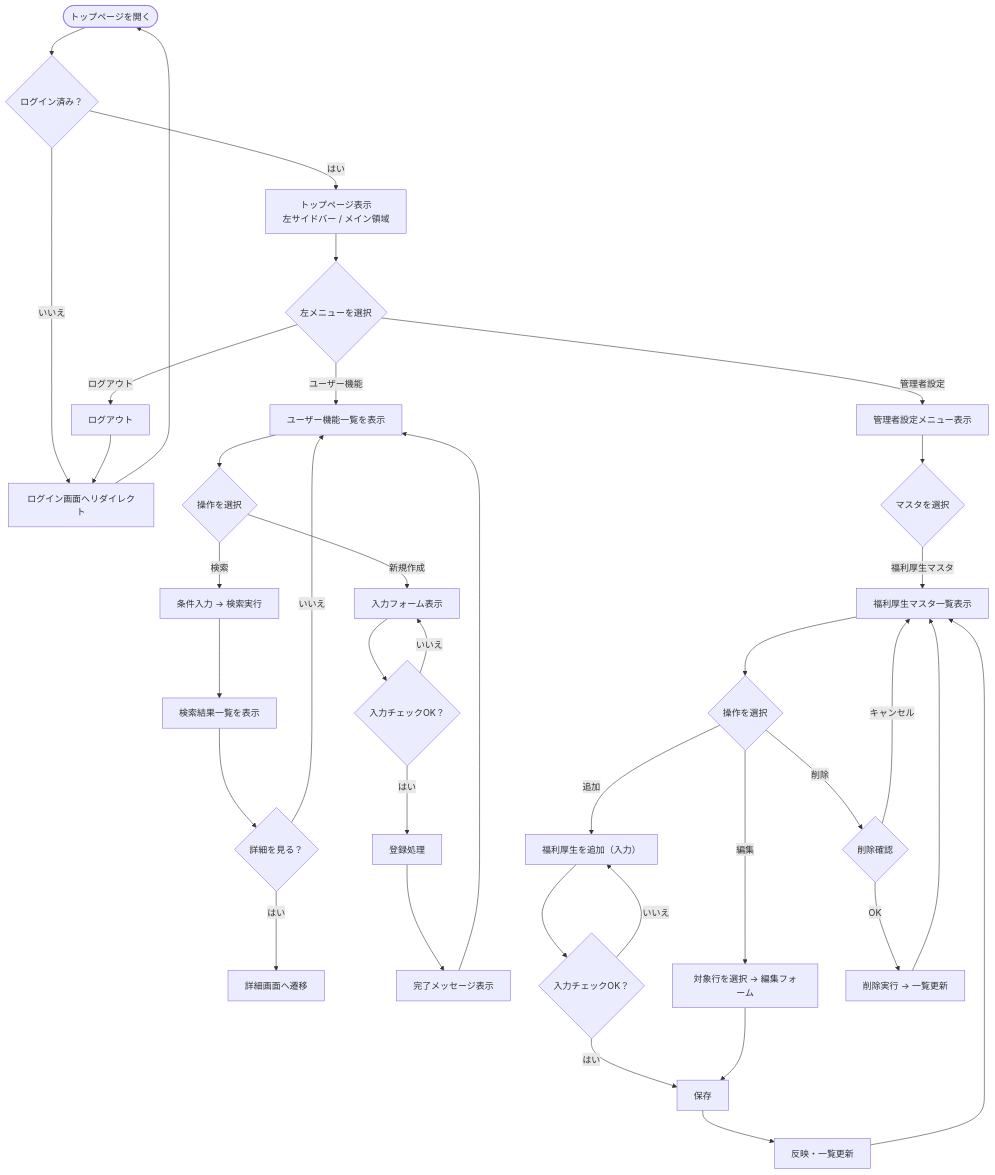
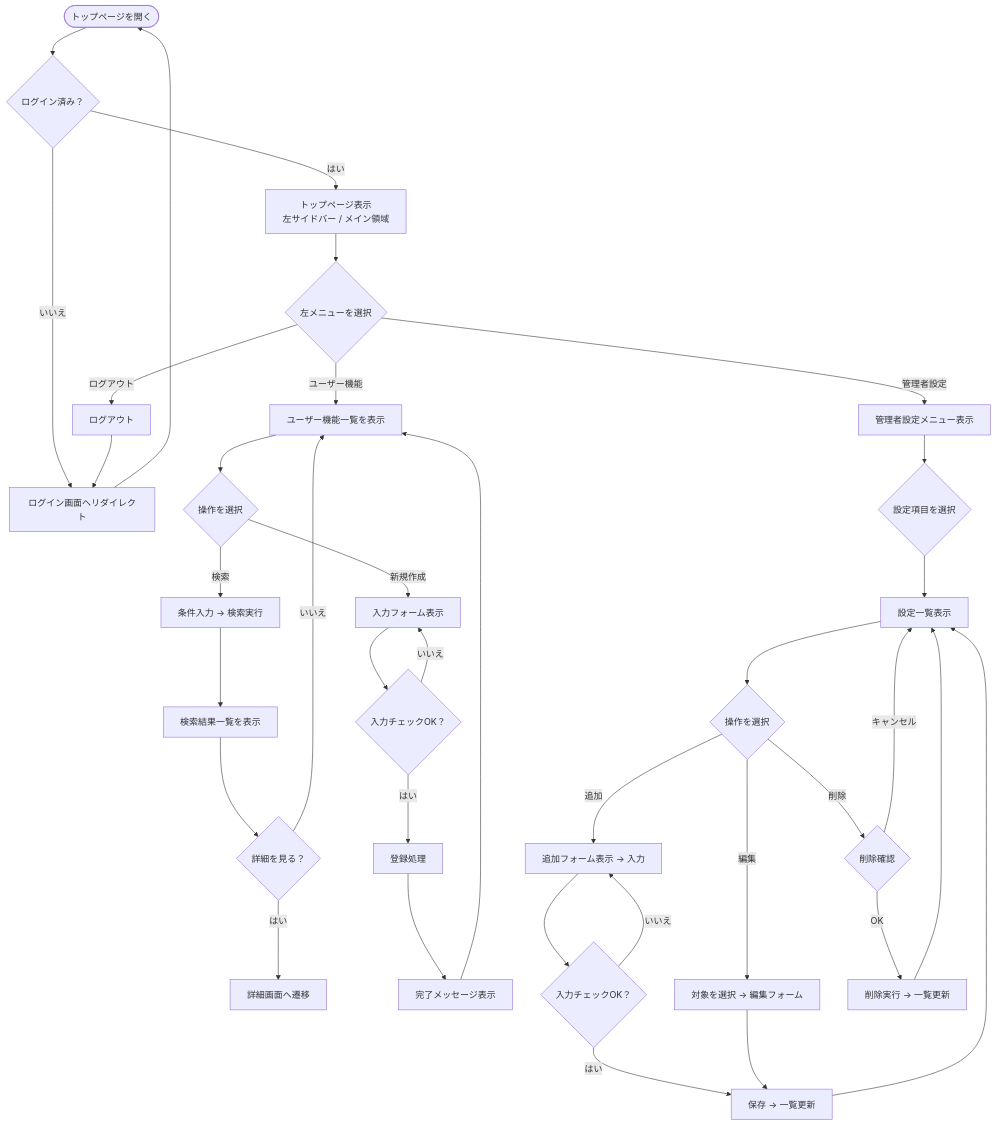
Before and after one commit to TomohiroHagino/requirements_definition_sample: the diagram in doc_sample.md, drawn with Mermaid.

Commit message:
Revise user and admin settings documentation
Updated user and admin settings sections with examples.

````diff
--- a/doc_sample.md
+++ b/doc_sample.md
@@ -14,49 +14,48 @@
 ```mermaid
 flowchart TD
   A([トップページを開く]) --> B{ログイン済み？}
   B -- いいえ --> L[ログイン画面へリダイレクト]
   L --> A
 
   B -- はい --> C[トップページ表示<br/>左サイドバー / メイン領域]
   C --> D{左メニューを選択}
 
-  %% ユーザー機能
+  %% ユーザー機能（例）
   D -->|ユーザー機能| U1[ユーザー機能一覧を表示]
   U1 --> U2{操作を選択}
   U2 -->|検索| U3[条件入力 → 検索実行]
   U3 --> U4[検索結果一覧を表示]
   U4 --> U5{詳細を見る？}
   U5 -- はい --> U6[詳細画面へ遷移]
   U5 -- いいえ --> U1
 
   U2 -->|新規作成| U7[入力フォーム表示]
   U7 --> U8{入力チェックOK？}
   U8 -- いいえ --> U7
   U8 -- はい --> U9[登録処理]
   U9 --> U10[完了メッセージ表示]
   U10 --> U1
 
-  %% 管理者設定
+  %% 管理者設定（マスタ名は出さない）
   D -->|管理者設定| M1[管理者設定メニュー表示]
-  M1 --> M2{マスタを選択}
-  M2 -->|福利厚生マスタ| W1[福利厚生マスタ一覧表示]
-  W1 --> W2{操作を選択}
-  W2 -->|追加| W3[福利厚生を追加（入力）]
-  W3 --> W4{入力チェックOK？}
-  W4 -- いいえ --> W3
-  W4 -- はい --> W5[保存]
-  W5 --> W6[反映・一覧更新]
-  W6 --> W1
+  M1 --> M2{設定項目を選択}
+  M2 --> M3[設定一覧表示]
+  M3 --> M4{操作を選択}
+  M4 -->|追加| M5[追加フォーム表示 → 入力]
+  M5 --> M6{入力チェックOK？}
+  M6 -- いいえ --> M5
+  M6 -- はい --> M7[保存 → 一覧更新]
+  M7 --> M3
 
-  W2 -->|編集| W7[対象行を選択 → 編集フォーム]
-  W7 --> W5
+  M4 -->|編集| M8[対象を選択 → 編集フォーム]
+  M8 --> M7
 
-  W2 -->|削除| W8{削除確認}
-  W8 -- キャンセル --> W1
-  W8 -- OK --> W9[削除実行 → 一覧更新]
-  W9 --> W1
+  M4 -->|削除| M9{削除確認}
+  M9 -- キャンセル --> M3
+  M9 -- OK --> M10[削除実行 → 一覧更新]
+  M10 --> M3
 
   %% 共通
   D -->|ログアウト| Z1[ログアウト]
   Z1 --> L
 ```
````
